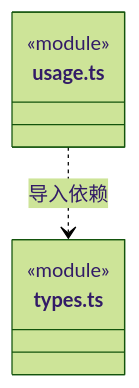
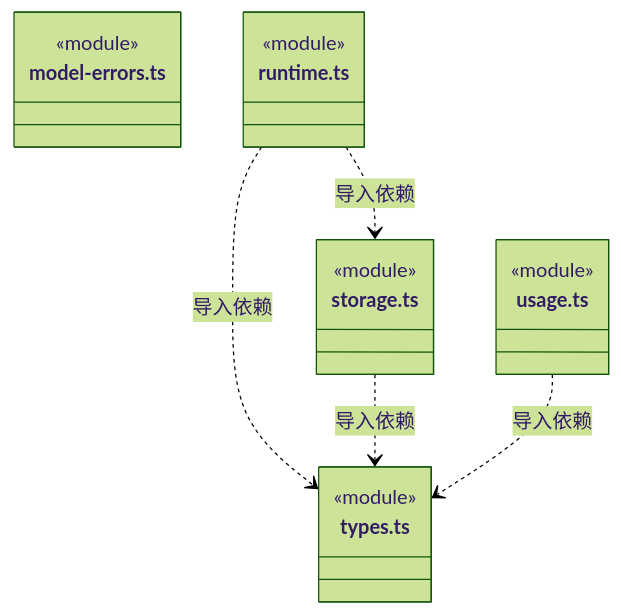
One commit to nan023062/cbim changed the second of 8 diagrams in src/backend/core/brain/ARCHITECTURE.md. Above: the diagram before and after it, drawn with Mermaid (forest theme). The commit also changed other lines of this file and 240 other files, not shown here.

````diff
--- a/src/backend/core/brain/ARCHITECTURE.md
+++ b/src/backend/core/brain/ARCHITECTURE.md
@@ -50,10 +53,22 @@
 ```mermaid
 classDiagram
+class N_src_backend_core_brain_model_errors_ts["model-errors.ts"] {
+  <<module>>
+}
+class N_src_backend_core_brain_runtime_ts["runtime.ts"] {
+  <<module>>
+}
+class N_src_backend_core_brain_storage_ts["storage.ts"] {
+  <<module>>
+}
 class N_src_backend_core_brain_types_ts["types.ts"] {
   <<module>>
 }
 class N_src_backend_core_brain_usage_ts["usage.ts"] {
   <<module>>
 }
+N_src_backend_core_brain_runtime_ts ..> N_src_backend_core_brain_storage_ts : 导入依赖
+N_src_backend_core_brain_runtime_ts ..> N_src_backend_core_brain_types_ts : 导入依赖
+N_src_backend_core_brain_storage_ts ..> N_src_backend_core_brain_types_ts : 导入依赖
 N_src_backend_core_brain_usage_ts ..> N_src_backend_core_brain_types_ts : 导入依赖
 ```
````
